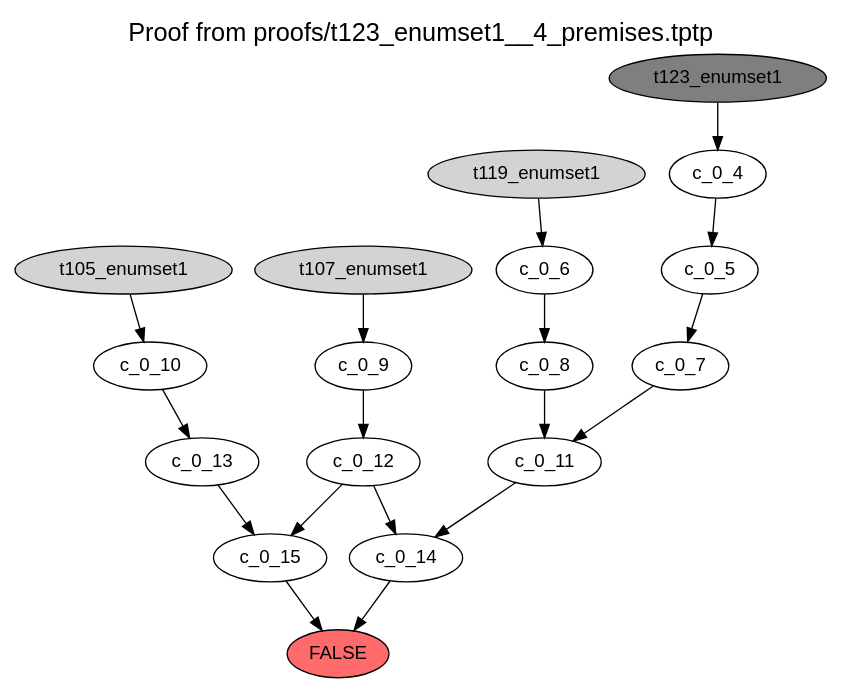
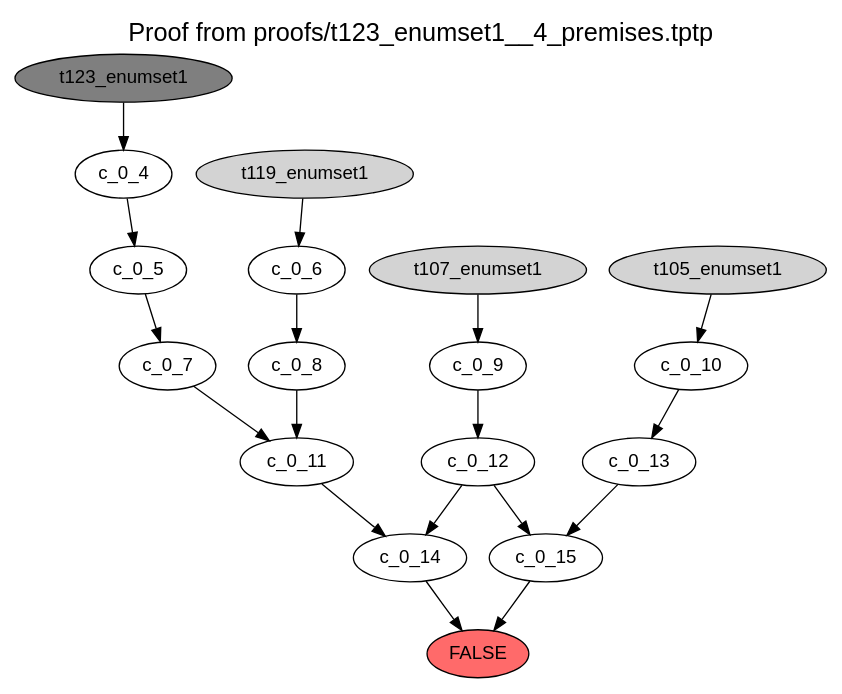
Before and after one commit to BartoszPiotrowski/proofs-to-trees: the diagram in examples/t123_enumset1__4_premises.dot, drawn with Graphviz. The commit also changed other lines of this file and 4 other files, not shown here.

```diff
--- a/examples/t123_enumset1__4_premises.dot
+++ b/examples/t123_enumset1__4_premises.dot
@@ -1,29 +1,29 @@
 digraph {
 label="Proof from proofs/t123_enumset1__4_premises.tptp"
 labelloc="t"
 graph [fontname = "helvetica", fontsize=19]
 node [fontname = "helvetica"]
 edge [fontname = "helvetica"]
 FALSE [style=filled fillcolor=indianred1]
 t119_enumset1 [style=filled]
 t107_enumset1 [style=filled]
 t105_enumset1 [style=filled]
 t123_enumset1 [style=filled fillcolor=grey50]
-"c_0_14" -> "FALSE"
+"c_0_4" -> "c_0_5"
+"c_0_7" -> "c_0_11"
+"t107_enumset1" -> "c_0_9"
+"t119_enumset1" -> "c_0_6"
 "c_0_6" -> "c_0_8"
-"t107_enumset1" -> "c_0_9"
-"c_0_4" -> "c_0_5"
-"c_0_12" -> "c_0_15"
-"t105_enumset1" -> "c_0_10"
-"c_0_7" -> "c_0_11"
+"c_0_9" -> "c_0_12"
+"c_0_12" -> "c_0_14"
+"c_0_5" -> "c_0_7"
+"c_0_11" -> "c_0_14"
 "t123_enumset1" -> "c_0_4"
 "c_0_15" -> "FALSE"
-"t119_enumset1" -> "c_0_6"
+"t105_enumset1" -> "c_0_10"
+"c_0_12" -> "c_0_15"
+"c_0_8" -> "c_0_11"
 "c_0_13" -> "c_0_15"
 "c_0_10" -> "c_0_13"
-"c_0_5" -> "c_0_7"
-"c_0_11" -> "c_0_14"
-"c_0_12" -> "c_0_14"
-"c_0_8" -> "c_0_11"
-"c_0_9" -> "c_0_12"
+"c_0_14" -> "FALSE"
 }
```
